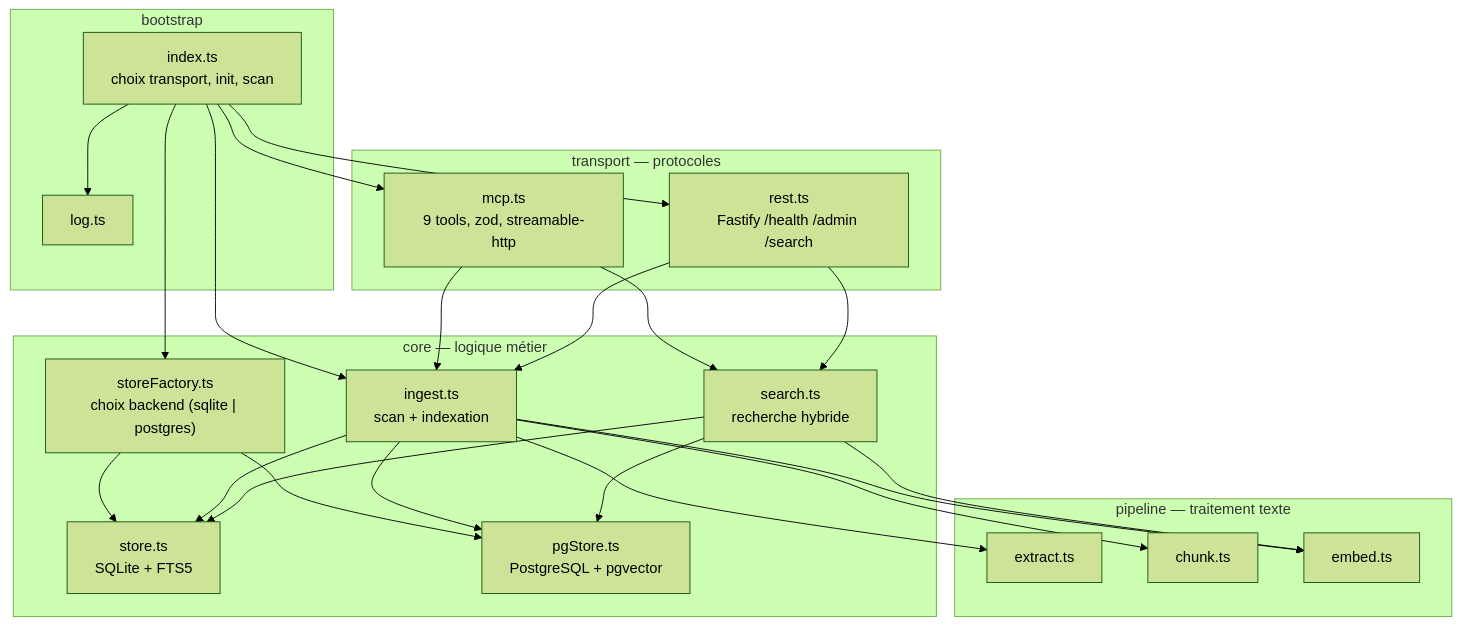
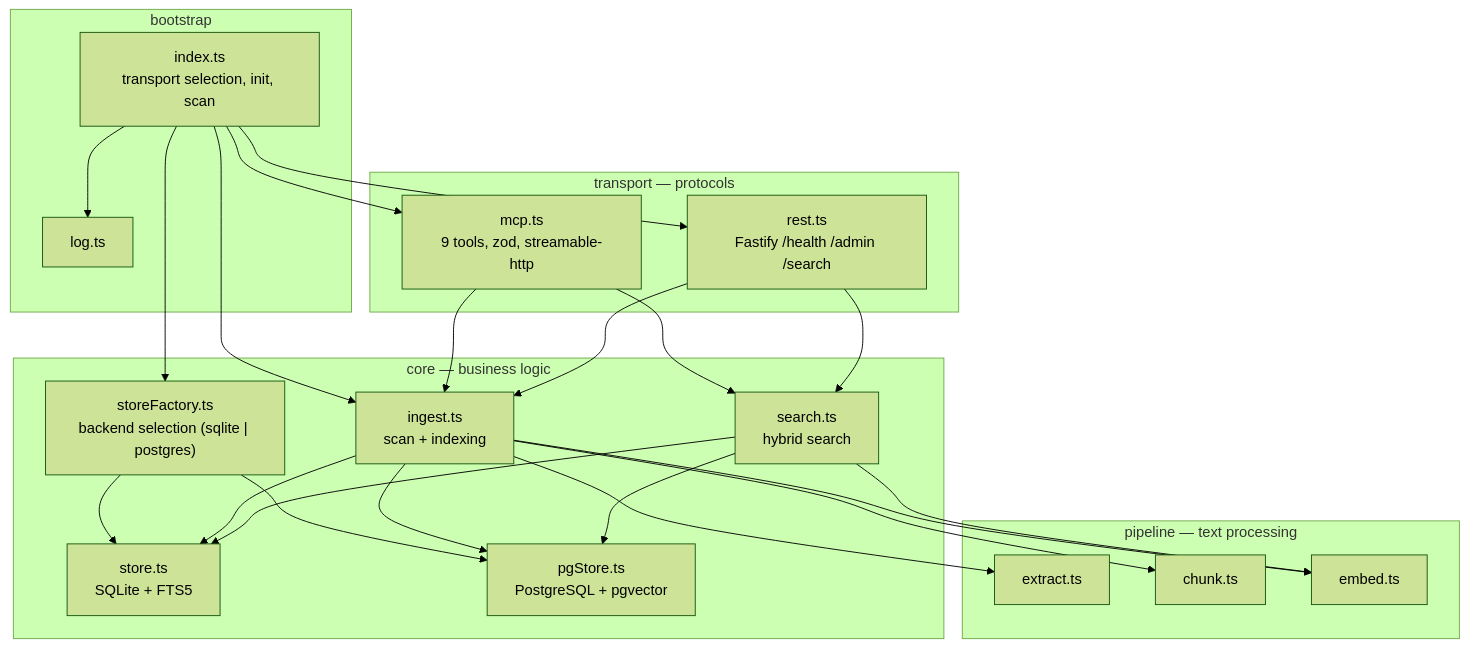
One commit to openhoat/rag-hub-mcp changed the first of 3 diagrams in docs/guide/architecture.md. Above: the diagram before and after it, drawn with Mermaid (forest theme). The commit also changed other lines of this file, not shown here.

Commit message:
docs: translate architecture guide to English

````diff
--- a/docs/guide/architecture.md
+++ b/docs/guide/architecture.md
@@ -9,46 +9,46 @@
 ```mermaid
 graph TD
     subgraph BOOT["bootstrap"]
-        INDEX["index.ts<br/>choix transport, init, scan"]
+        INDEX["index.ts<br/>transport selection, init, scan"]
         LOG["log.ts"]
     end
 
-    subgraph TRANSPORT["transport — protocoles"]
+    subgraph TRANSPORT["transport — protocols"]
         MCP["mcp.ts<br/>9 tools, zod, streamable-http"]
         REST["rest.ts<br/>Fastify /health /admin /search"]
     end
 
-    subgraph CORE["core — logique métier"]
-        FACTORY["storeFactory.ts<br/>choix backend (sqlite | postgres)"]
+    subgraph CORE["core — business logic"]
+        FACTORY["storeFactory.ts<br/>backend selection (sqlite | postgres)"]
         STORE["store.ts<br/>SQLite + FTS5"]
         PGSTORE["pgStore.ts<br/>PostgreSQL + pgvector"]
-        INGEST["ingest.ts<br/>scan + indexation"]
-        SEARCH["search.ts<br/>recherche hybride"]
+        INGEST["ingest.ts<br/>scan + indexing"]
+        SEARCH["search.ts<br/>hybrid search"]
     end
 
-    subgraph PIPELINE["pipeline — traitement texte"]
+    subgraph PIPELINE["pipeline — text processing"]
         EXTRACT["extract.ts"]
         CHUNK["chunk.ts"]
         EMBED["embed.ts"]
     end
 
     INDEX --> LOG
     INDEX --> FACTORY
     FACTORY --> STORE
     FACTORY --> PGSTORE
     INDEX --> INGEST
     INDEX --> MCP
     INDEX --> REST
     MCP --> INGEST
     MCP --> SEARCH
     REST --> INGEST
     REST --> SEARCH
     INGEST --> STORE
     INGEST --> PGSTORE
     INGEST --> EXTRACT
     INGEST --> CHUNK
     INGEST --> EMBED
     SEARCH --> EMBED
     SEARCH --> STORE
     SEARCH --> PGSTORE
 ```
````
